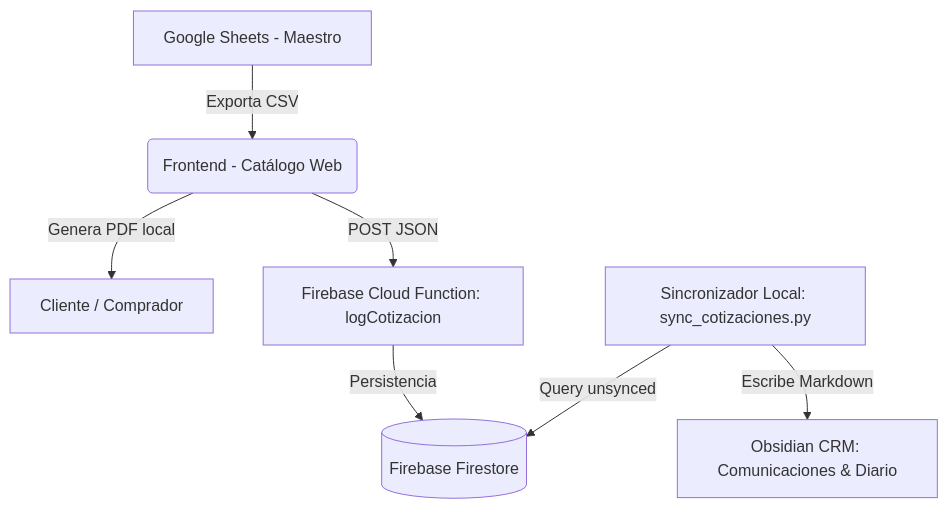
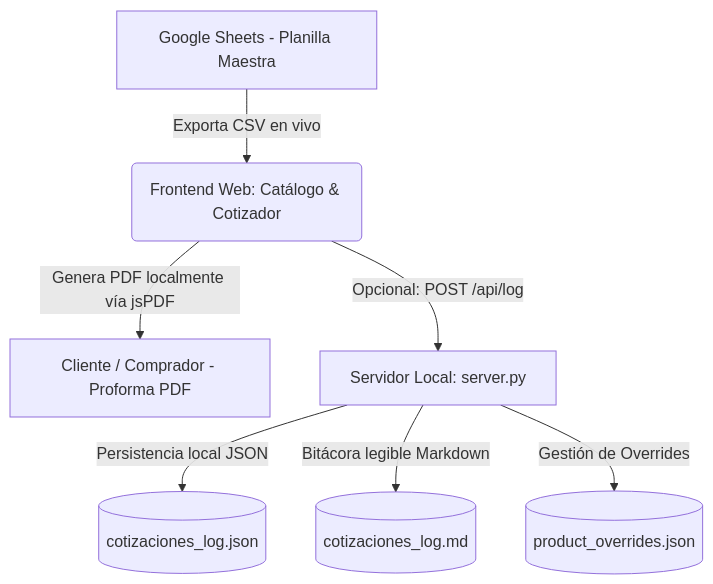
One commit to crdiazu/cotizador-tecnovoa changed the first of 2 diagrams in ARCHITECTURE.md. Above: the diagram before and after it, drawn with Mermaid. The commit also changed other lines of this file and 14 other files, not shown here.

````diff
--- a/ARCHITECTURE.md
+++ b/ARCHITECTURE.md
@@ -11,9 +11,9 @@
 ```mermaid
 graph TD
-    A[Google Sheets - Maestro] -->|Exporta CSV| B(Frontend - Catálogo Web)
-    B -->|Genera PDF local| C[Cliente / Comprador]
-    B -->|POST JSON| D[Firebase Cloud Function: logCotizacion]
-    D -->|Persistencia| E[(Firebase Firestore)]
-    F[Sincronizador Local: sync_cotizaciones.py] -->|Query unsynced| E
-    F -->|Escribe Markdown| G[Obsidian CRM: Comunicaciones & Diario]
+    A[Google Sheets - Planilla Maestra] -->|Exporta CSV en vivo| B(Frontend Web: Catálogo & Cotizador)
+    B -->|Genera PDF localmente vía jsPDF| C[Cliente / Comprador - Proforma PDF]
+    B -->|Opcional: POST /api/log| D[Servidor Local: server.py]
+    D -->|Persistencia local JSON| E[(cotizaciones_log.json)]
+    D -->|Bitácora legible Markdown| F[(cotizaciones_log.md)]
+    D -->|Gestión de Overrides| G[(product_overrides.json)]
 ```
````
